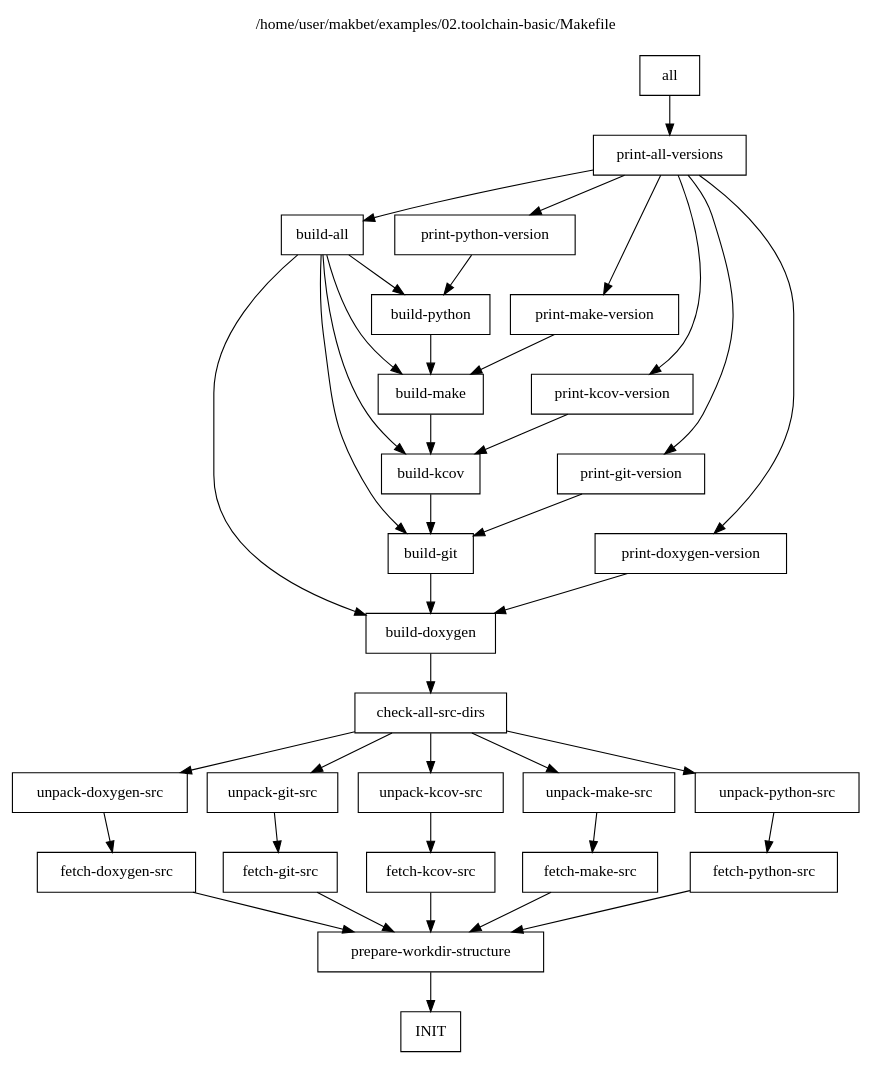
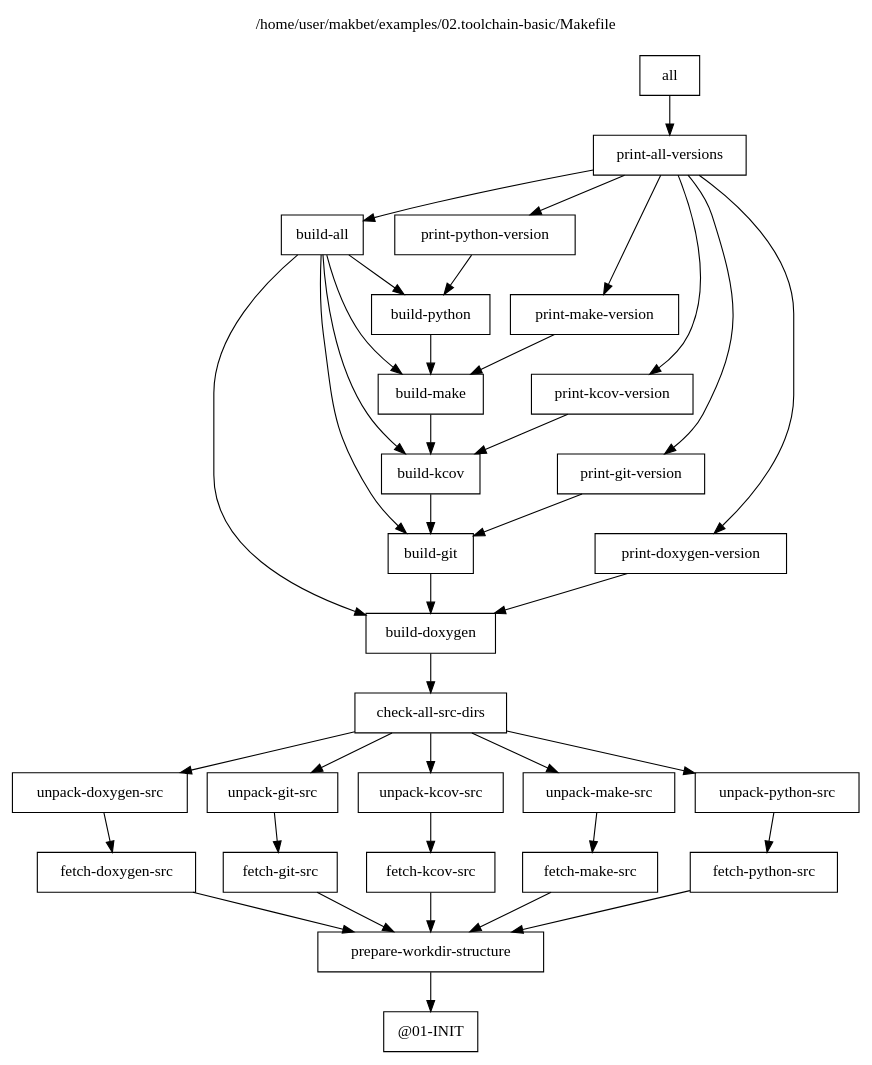
Before and after one commit to skaluzka/makbet: the diagram in docs/examples/02.toolchain-basic/results.dot, drawn with Graphviz. The commit also changed 16 other files, not shown here.

```diff
--- a/docs/examples/02.toolchain-basic/results.dot
+++ b/docs/examples/02.toolchain-basic/results.dot
@@ -1,82 +1,82 @@
 digraph {
 
 	// This file has been generated by makbet heads/master-0-g88262d1
 	// Generation date: Wed 19 Aug 2020 01:21:07 AM CEST
 	// Input: /home/user/makbet/examples/02.toolchain-basic/Makefile
 
 	// Graph title.
 	labelloc="t";
 	label="/home/user/makbet/examples/02.toolchain-basic/Makefile\n\n"
 
 	// Node options.
 	node [shape=box];
 
 	"all" -> "print-all-versions";
 
 	"build-all" -> "build-doxygen";
 	"build-all" -> "build-git";
 	"build-all" -> "build-kcov";
 	"build-all" -> "build-make";
 	"build-all" -> "build-python";
 
 	"build-doxygen" -> "check-all-src-dirs";
 
 	"build-git" -> "build-doxygen";
 
 	"build-kcov" -> "build-git";
 
 	"build-make" -> "build-kcov";
 
 	"build-python" -> "build-make";
 
 	"check-all-src-dirs" -> "unpack-doxygen-src";
 	"check-all-src-dirs" -> "unpack-git-src";
 	"check-all-src-dirs" -> "unpack-kcov-src";
 	"check-all-src-dirs" -> "unpack-make-src";
 	"check-all-src-dirs" -> "unpack-python-src";
 
 	"fetch-doxygen-src" -> "prepare-workdir-structure";
 
 	"fetch-git-src" -> "prepare-workdir-structure";
 
 	"fetch-kcov-src" -> "prepare-workdir-structure";
 
 	"fetch-make-src" -> "prepare-workdir-structure";
 
 	"fetch-python-src" -> "prepare-workdir-structure";
 
-	"INIT";
+	"@01-INIT";
 
-	"prepare-workdir-structure" -> "INIT";
+	"prepare-workdir-structure" -> "@01-INIT";
 
 	"print-all-versions" -> "build-all";
 	"print-all-versions" -> "print-doxygen-version";
 	"print-all-versions" -> "print-git-version";
 	"print-all-versions" -> "print-kcov-version";
 	"print-all-versions" -> "print-make-version";
 	"print-all-versions" -> "print-python-version";
 
 	"print-doxygen-version" -> "build-doxygen";
 
 	"print-git-version" -> "build-git";
 
 	"print-kcov-version" -> "build-kcov";
 
 	"print-make-version" -> "build-make";
 
 	"print-python-version" -> "build-python";
 
 	"unpack-doxygen-src" -> "fetch-doxygen-src";
 
 	"unpack-git-src" -> "fetch-git-src";
 
 	"unpack-kcov-src" -> "fetch-kcov-src";
 
 	"unpack-make-src" -> "fetch-make-src";
 
 	"unpack-python-src" -> "fetch-python-src";
 
 }
 
 
 // End of file
```
